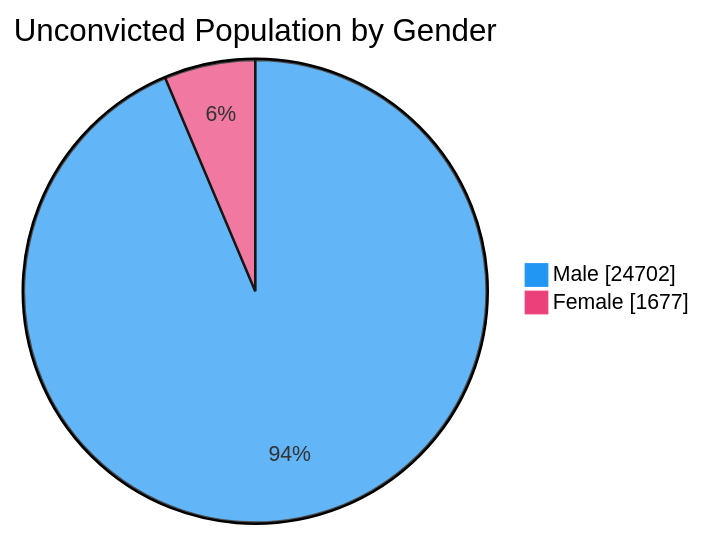
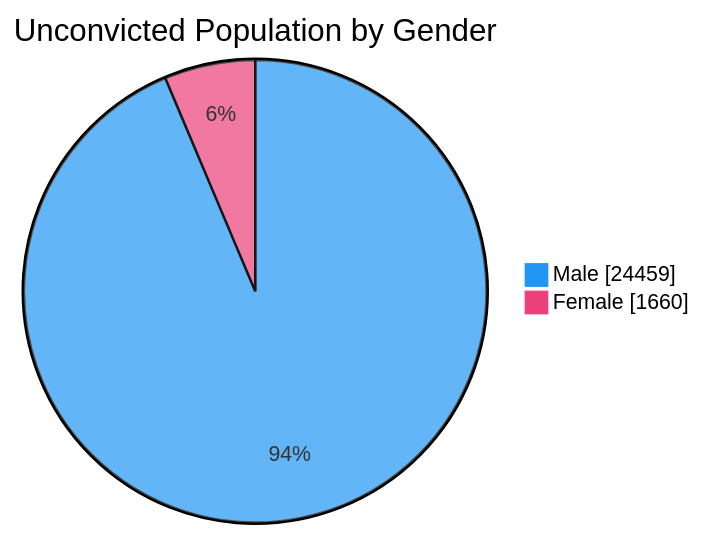
The fourth of 7 diagrams in README.md (nuuuwan/lk_prisons), drawn with Mermaid before and after one commit. The commit also changed other lines of this file and 1 other file, not shown here.

````diff
--- a/README.md
+++ b/README.md
@@ -76,6 +76,6 @@
 ```mermaid
 %%{init: {'themeVariables': {'pie1': '#2196F3', 'pie2': '#EC407A'}}}%%
 pie showData title Unconvicted Population by Gender
-    "Male" : 24702
-    "Female" : 1677
+    "Male" : 24459
+    "Female" : 1660
 ```
````
